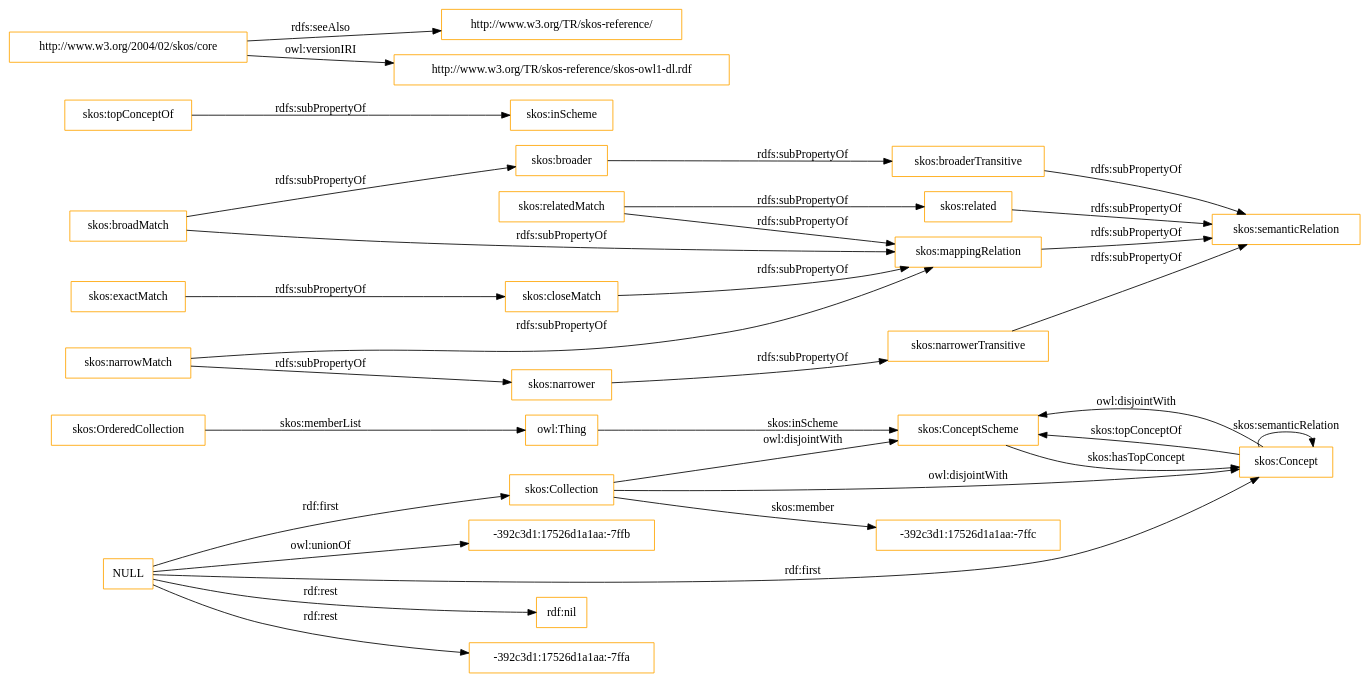
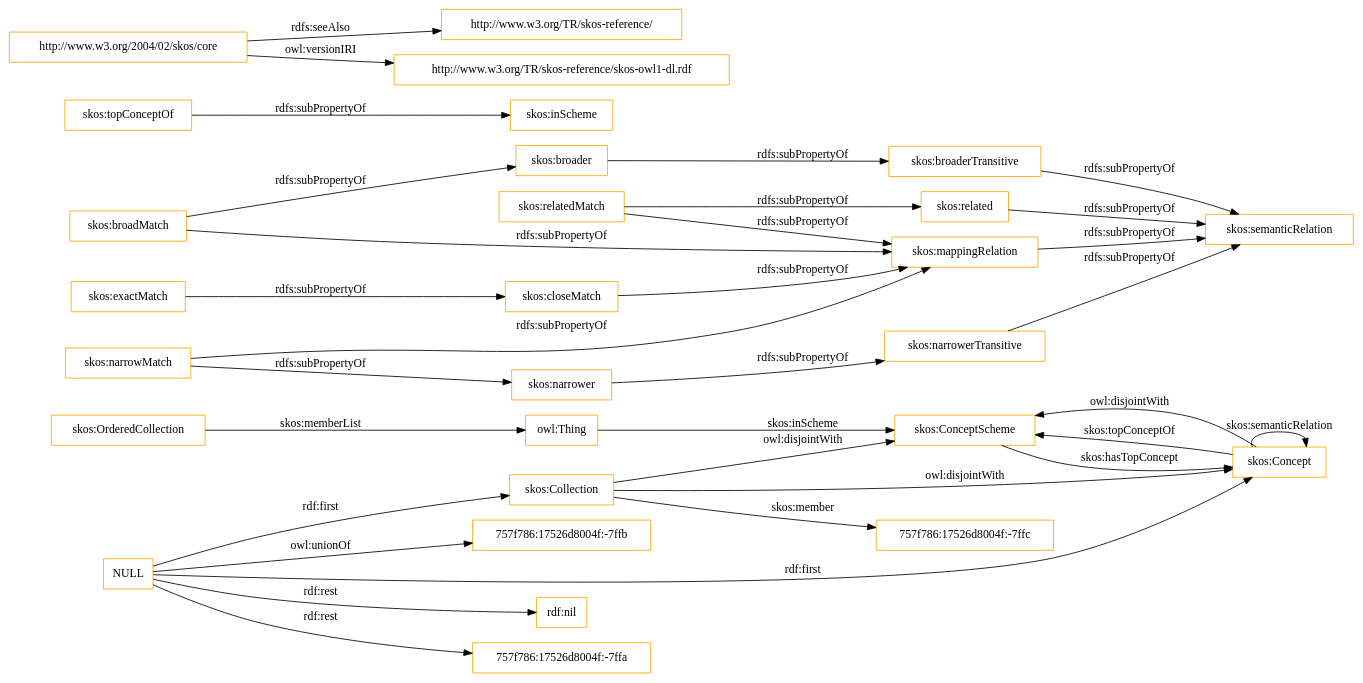
Before and after one commit to OnToologyUser/core-ontology-1: the diagram in OnToology/imports/skos.owl/diagrams/ar2dtool-class/skos.owl.png.dot, drawn with Graphviz. The commit also changed 14 other files, not shown here.

```diff
--- a/OnToology/imports/skos.owl/diagrams/ar2dtool-class/skos.owl.png.dot
+++ b/OnToology/imports/skos.owl/diagrams/ar2dtool-class/skos.owl.png.dot
@@ -1,37 +1,37 @@
 digraph ar2dtool_diagram { 
 rankdir=LR;
 size="1501"
-node [shape = rectangle, color="orange"]; "skos:OrderedCollection" "skos:ConceptScheme" "skos:Concept" "skos:Collection" "-392c3d1:17526d1a1aa:-7ffc" ; /*classes style*/
+node [shape = rectangle, color="orange"]; "skos:OrderedCollection" "skos:ConceptScheme" "skos:Concept" "skos:Collection" "757f786:17526d8004f:-7ffc" ; /*classes style*/
 	"skos:narrowerTransitive" -> "skos:semanticRelation" [ label = "rdfs:subPropertyOf" ];
 	"NULL" -> "rdf:nil" [ label = "rdf:rest" ];
 	"NULL" -> "skos:Concept" [ label = "rdf:first" ];
-	"NULL" -> "-392c3d1:17526d1a1aa:-7ffa" [ label = "rdf:rest" ];
+	"NULL" -> "757f786:17526d8004f:-7ffa" [ label = "rdf:rest" ];
 	"NULL" -> "skos:Collection" [ label = "rdf:first" ];
-	"NULL" -> "-392c3d1:17526d1a1aa:-7ffb" [ label = "owl:unionOf" ];
+	"NULL" -> "757f786:17526d8004f:-7ffb" [ label = "owl:unionOf" ];
 	"skos:closeMatch" -> "skos:mappingRelation" [ label = "rdfs:subPropertyOf" ];
 	"skos:Concept" -> "skos:ConceptScheme" [ label = "owl:disjointWith" ];
 	"skos:relatedMatch" -> "skos:related" [ label = "rdfs:subPropertyOf" ];
 	"skos:relatedMatch" -> "skos:mappingRelation" [ label = "rdfs:subPropertyOf" ];
 	"skos:related" -> "skos:semanticRelation" [ label = "rdfs:subPropertyOf" ];
 	"skos:topConceptOf" -> "skos:inScheme" [ label = "rdfs:subPropertyOf" ];
 	"skos:broadMatch" -> "skos:mappingRelation" [ label = "rdfs:subPropertyOf" ];
 	"skos:broadMatch" -> "skos:broader" [ label = "rdfs:subPropertyOf" ];
 	"skos:exactMatch" -> "skos:closeMatch" [ label = "rdfs:subPropertyOf" ];
 	"skos:broaderTransitive" -> "skos:semanticRelation" [ label = "rdfs:subPropertyOf" ];
 	"skos:broader" -> "skos:broaderTransitive" [ label = "rdfs:subPropertyOf" ];
 	"skos:mappingRelation" -> "skos:semanticRelation" [ label = "rdfs:subPropertyOf" ];
 	"http://www.w3.org/2004/02/skos/core" -> "http://www.w3.org/TR/skos-reference/" [ label = "rdfs:seeAlso" ];
 	"http://www.w3.org/2004/02/skos/core" -> "http://www.w3.org/TR/skos-reference/skos-owl1-dl.rdf" [ label = "owl:versionIRI" ];
 	"skos:Collection" -> "skos:ConceptScheme" [ label = "owl:disjointWith" ];
 	"skos:Collection" -> "skos:Concept" [ label = "owl:disjointWith" ];
 	"skos:narrower" -> "skos:narrowerTransitive" [ label = "rdfs:subPropertyOf" ];
 	"skos:narrowMatch" -> "skos:narrower" [ label = "rdfs:subPropertyOf" ];
 	"skos:narrowMatch" -> "skos:mappingRelation" [ label = "rdfs:subPropertyOf" ];
 	"skos:OrderedCollection" -> "owl:Thing" [ label = "skos:memberList" ];
 	"skos:Concept" -> "skos:ConceptScheme" [ label = "skos:topConceptOf" ];
 	"skos:Concept" -> "skos:Concept" [ label = "skos:semanticRelation" ];
-	"skos:Collection" -> "-392c3d1:17526d1a1aa:-7ffc" [ label = "skos:member" ];
+	"skos:Collection" -> "757f786:17526d8004f:-7ffc" [ label = "skos:member" ];
 	"skos:ConceptScheme" -> "skos:Concept" [ label = "skos:hasTopConcept" ];
 	"owl:Thing" -> "skos:ConceptScheme" [ label = "skos:inScheme" ];
 
 }
```
